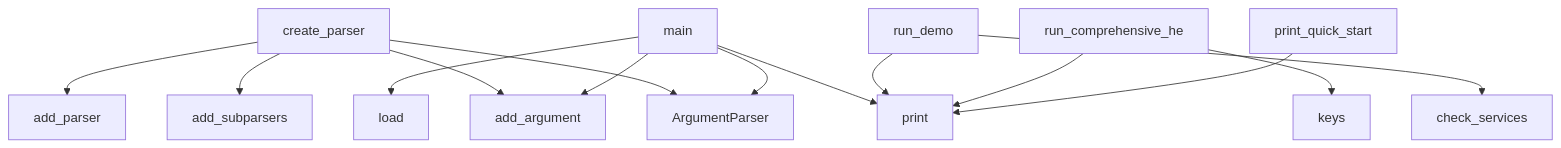
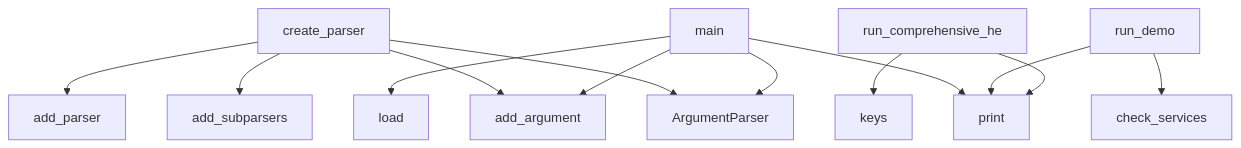
The diagram in project/context.md (semcod/llx), drawn with Mermaid before and after one commit. The commit also changed other lines of this file and 70 other files, not shown here.

````diff
--- a/project/context.md
+++ b/project/context.md
@@ -508,16 +506,15 @@
 ```mermaid
 graph TD
     create_parser --> ArgumentParser
     create_parser --> add_argument
     create_parser --> add_subparsers
     create_parser --> add_parser
     main --> ArgumentParser
     main --> add_argument
     main --> print
     main --> load
     run_demo --> print
     run_demo --> check_services
     run_comprehensive_he --> print
     run_comprehensive_he --> keys
-    print_quick_start --> print
 ```
````
